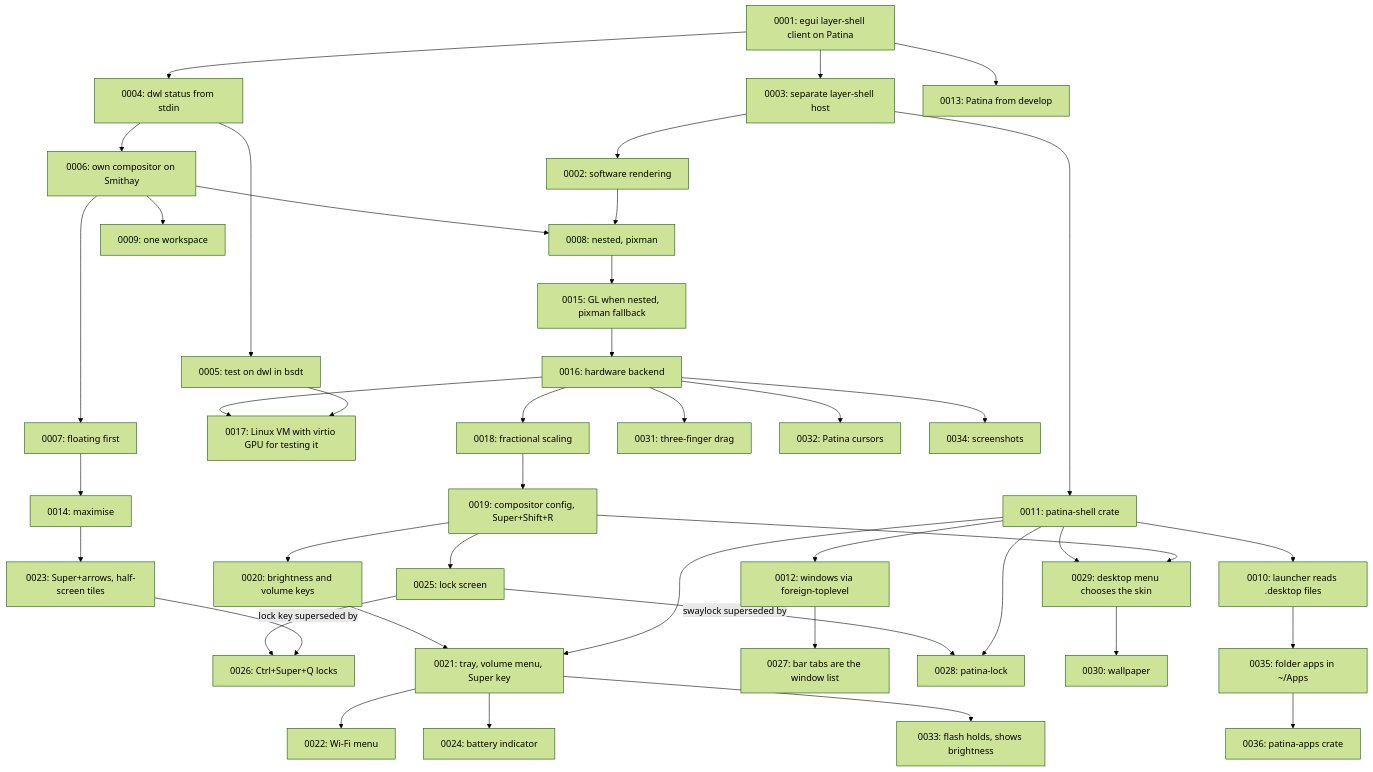
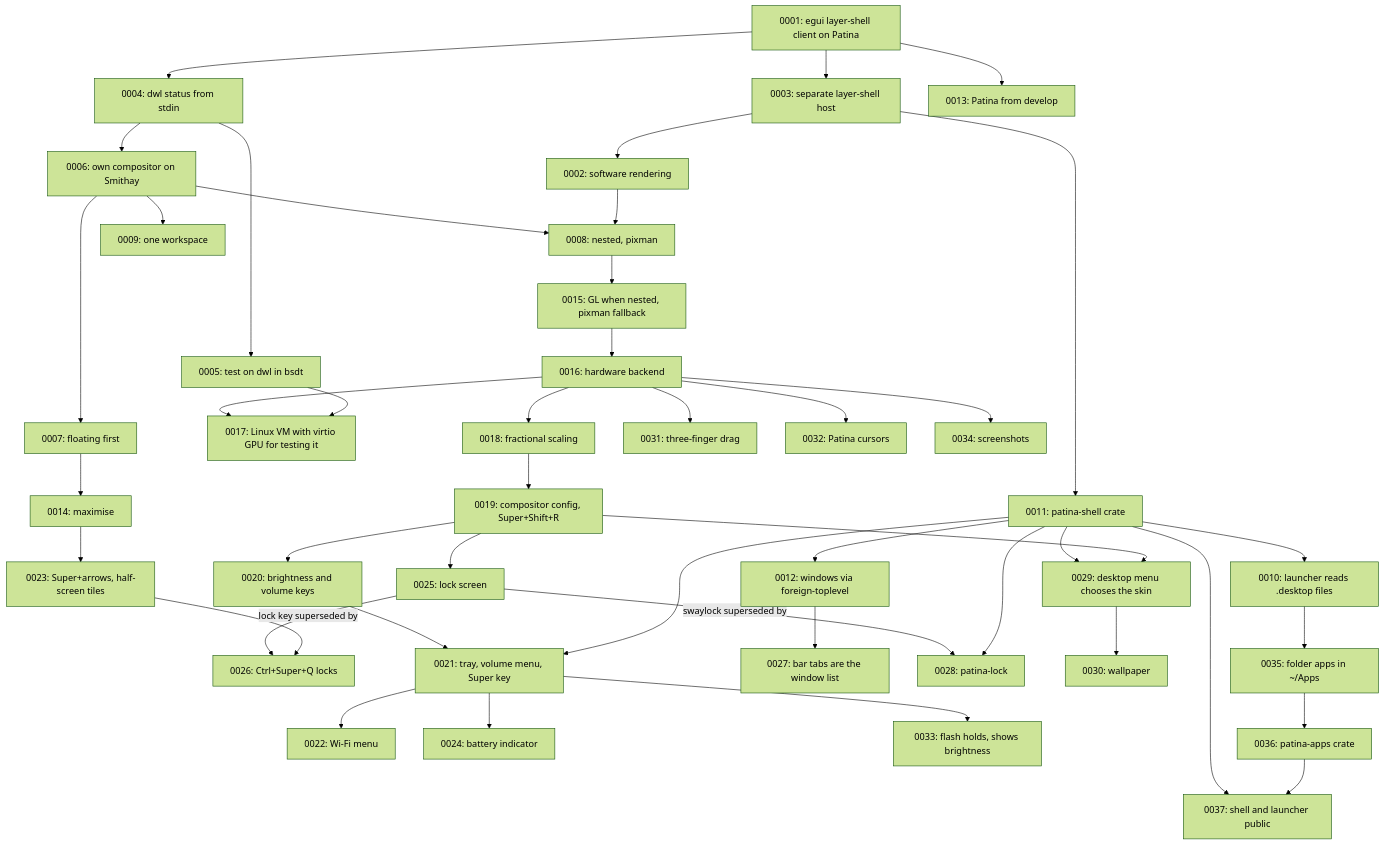
One commit to Sector-F-Labs/patina-desktop changed the diagram in docs/adr/README.md. Above: the diagram before and after it, drawn with Mermaid (forest theme). The commit also changed other lines of this file and 40 other files, not shown here.

First line of the commit message:
patina-shell and the launcher move to public repositories (ADR-0037)

````diff
--- a/docs/adr/README.md
+++ b/docs/adr/README.md
@@ -84,44 +85,46 @@
 ```mermaid
 flowchart TD
     A[0001: egui layer-shell client on Patina] --> B[0003: separate layer-shell host]
     B --> C[0002: software rendering]
     A --> D[0004: dwl status from stdin]
     D --> E[0005: test on dwl in bsdt]
     D --> F[0006: own compositor on Smithay]
     F --> G[0007: floating first]
     G --> N[0014: maximise]
     N --> W[0023: Super+arrows, half-screen tiles]
     F --> H[0008: nested, pixman]
     H --> O[0015: GL when nested, pixman fallback]
     O --> P[0016: hardware backend]
     P --> Q[0017: Linux VM with virtio GPU for testing it]
     P --> R[0018: fractional scaling]
     R --> S[0019: compositor config, Super+Shift+R]
     S --> T[0020: brightness and volume keys]
     S --> Y[0025: lock screen]
     Y -->|lock key superseded by| Z[0026: Ctrl+Super+Q locks]
     W --> Z
     T --> U[0021: tray, volume menu, Super key]
     U --> V[0022: Wi-Fi menu]
     U --> X[0024: battery indicator]
     K --> U
     E --> Q
     C --> H
     F --> I[0009: one workspace]
     B --> K[0011: patina-shell crate]
     K --> J[0010: launcher reads .desktop files]
     K --> L[0012: windows via foreign-toplevel]
     L --> AA[0027: bar tabs are the window list]
     Y -->|swaylock superseded by| AB[0028: patina-lock]
     K --> AB
     K --> AC[0029: desktop menu chooses the skin]
     S --> AC
     AC --> AD[0030: wallpaper]
     P --> AE[0031: three-finger drag]
     P --> AF[0032: Patina cursors]
     U --> AG[0033: flash holds, shows brightness]
     P --> AH[0034: screenshots]
     J --> AI[0035: folder apps in ~/Apps]
     AI --> AJ[0036: patina-apps crate]
+    K --> AK[0037: shell and launcher public]
+    AJ --> AK
     A --> M[0013: Patina from develop]
 ```
````
